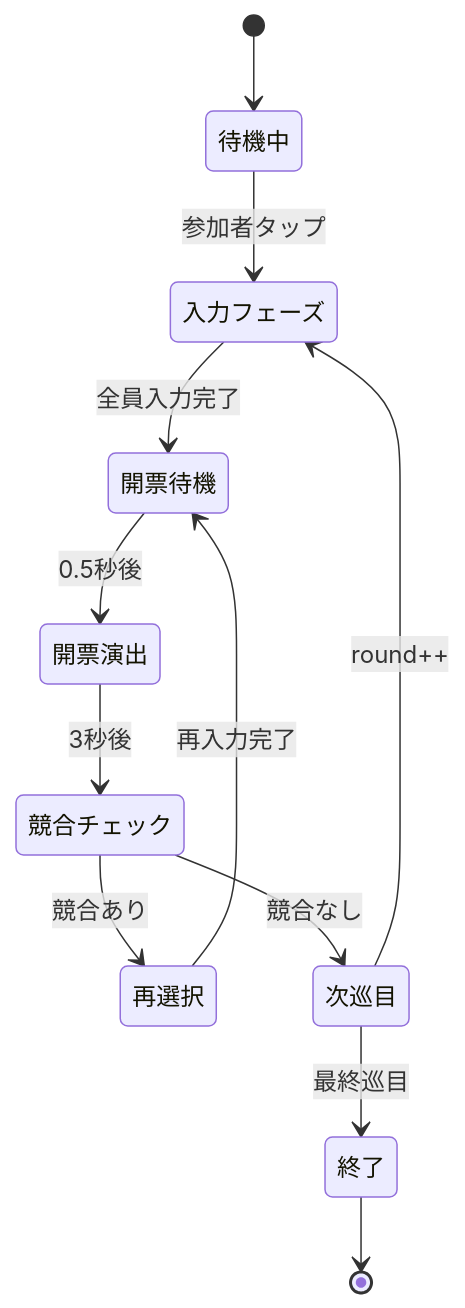
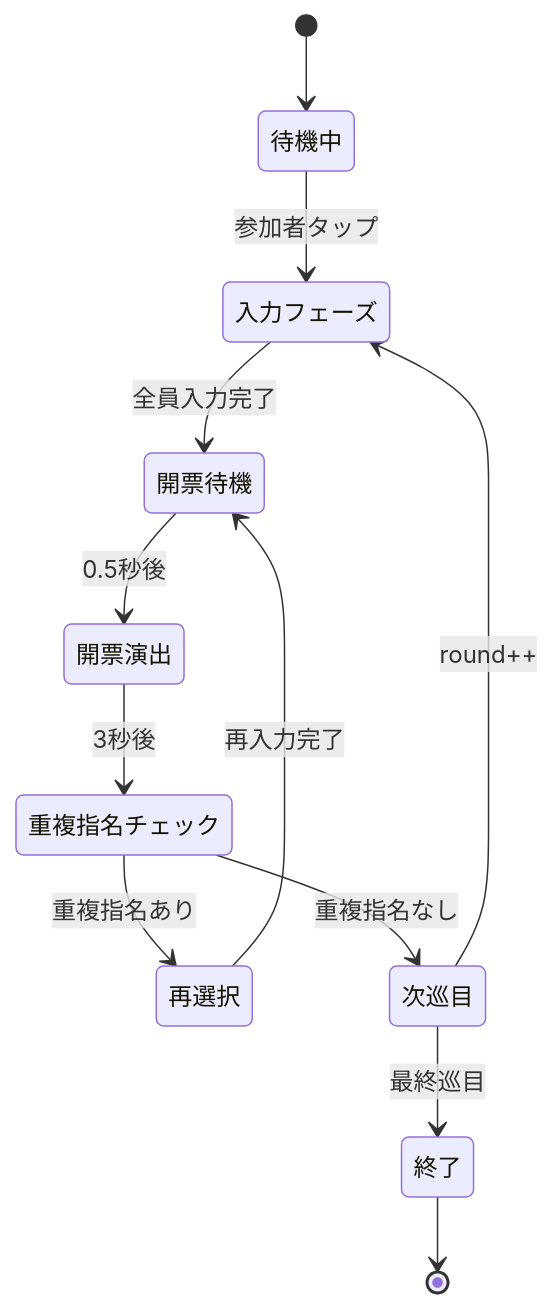
Before and after one commit to yn1323/online-draft: the second of 2 diagrams in docs/functional-specification.md, drawn with Mermaid. The commit also changed other lines of this file and 13 other files, not shown here.

````diff
--- a/docs/functional-specification.md
+++ b/docs/functional-specification.md
@@ -171,14 +171,14 @@
 ```mermaid
 stateDiagram-v2
     [*] --> 待機中
     待機中 --> 入力フェーズ: 参加者タップ
     入力フェーズ --> 開票待機: 全員入力完了
     開票待機 --> 開票演出: 0.5秒後
-    開票演出 --> 競合チェック: 3秒後
-    競合チェック --> 再選択: 競合あり
-    競合チェック --> 次巡目: 競合なし
+    開票演出 --> 重複指名チェック: 3秒後
+    重複指名チェック --> 再選択: 重複指名あり
+    重複指名チェック --> 次巡目: 重複指名なし
     再選択 --> 開票待機: 再入力完了
     次巡目 --> 入力フェーズ: round++
     次巡目 --> 終了: 最終巡目
     終了 --> [*]
 ```
````
